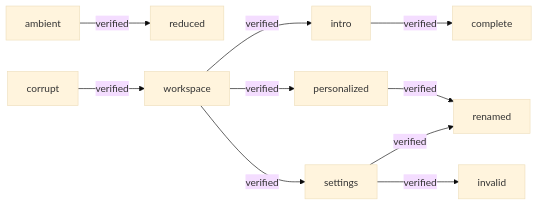
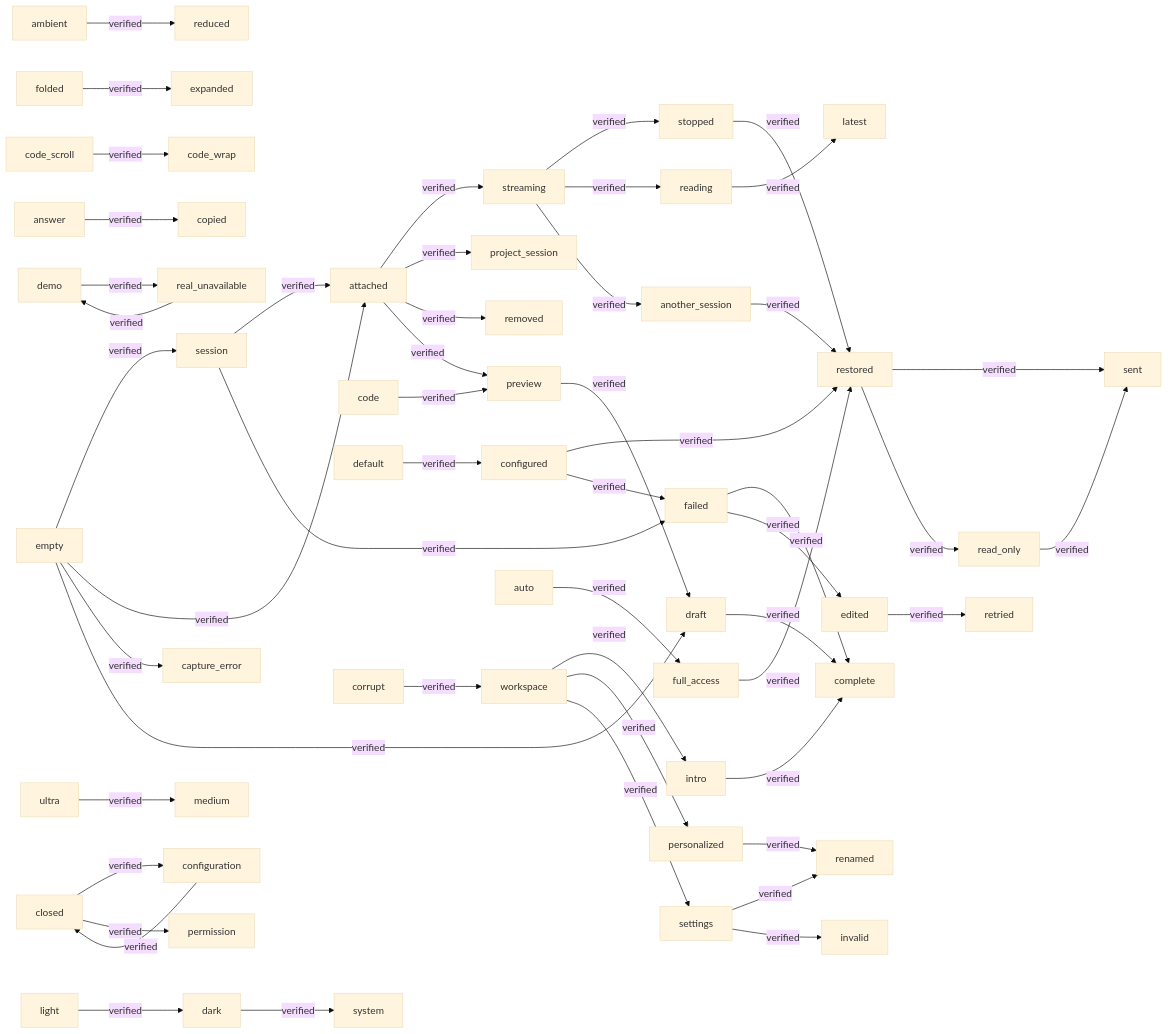
Before and after one commit to wibus-wee/lody-wxt: the diagram in COVERAGE.md, drawn with Mermaid (base theme). The commit also changed other lines of this file and 97 other files, not shown here.

````diff
--- a/COVERAGE.md
+++ b/COVERAGE.md
@@ -11,12 +11,53 @@
 ```mermaid
 flowchart LR
   ambient -->|"verified"| reduced
+  empty -->|"verified"| session
+  session -->|"verified"| attached
+  attached -->|"verified"| streaming
+  streaming -->|"verified"| stopped
+  stopped -->|"verified"| restored
+  session -->|"verified"| failed
+  failed -->|"verified"| complete
+  draft -->|"verified"| complete
+  streaming -->|"verified"| reading
+  reading -->|"verified"| latest
+  folded -->|"verified"| expanded
+  code_scroll -->|"verified"| code_wrap
+  code -->|"verified"| preview
+  answer -->|"verified"| copied
+  demo -->|"verified"| real_unavailable
+  real_unavailable -->|"verified"| demo
+  streaming -->|"verified"| another_session
+  another_session -->|"verified"| restored
+  attached -->|"verified"| project_session
   workspace -->|"verified"| intro
   intro -->|"verified"| complete
+  empty -->|"verified"| attached
+  attached -->|"verified"| removed
+  empty -->|"verified"| capture_error
+  default -->|"verified"| configured
+  configured -->|"verified"| restored
+  restored -->|"verified"| sent
+  ultra -->|"verified"| medium
+  configured -->|"verified"| failed
+  failed -->|"verified"| edited
+  edited -->|"verified"| retried
+  light -->|"verified"| dark
+  dark -->|"verified"| system
+  empty -->|"verified"| draft
+  closed -->|"verified"| configuration
+  configuration -->|"verified"| closed
+  closed -->|"verified"| permission
+  auto -->|"verified"| full_access
+  full_access -->|"verified"| restored
+  restored -->|"verified"| read_only
+  read_only -->|"verified"| sent
+  attached -->|"verified"| preview
+  preview -->|"verified"| draft
   workspace -->|"verified"| personalized
   workspace -->|"verified"| settings
   settings -->|"verified"| renamed
   settings -->|"verified"| invalid
   personalized -->|"verified"| renamed
   corrupt -->|"verified"| workspace
 ```
````
